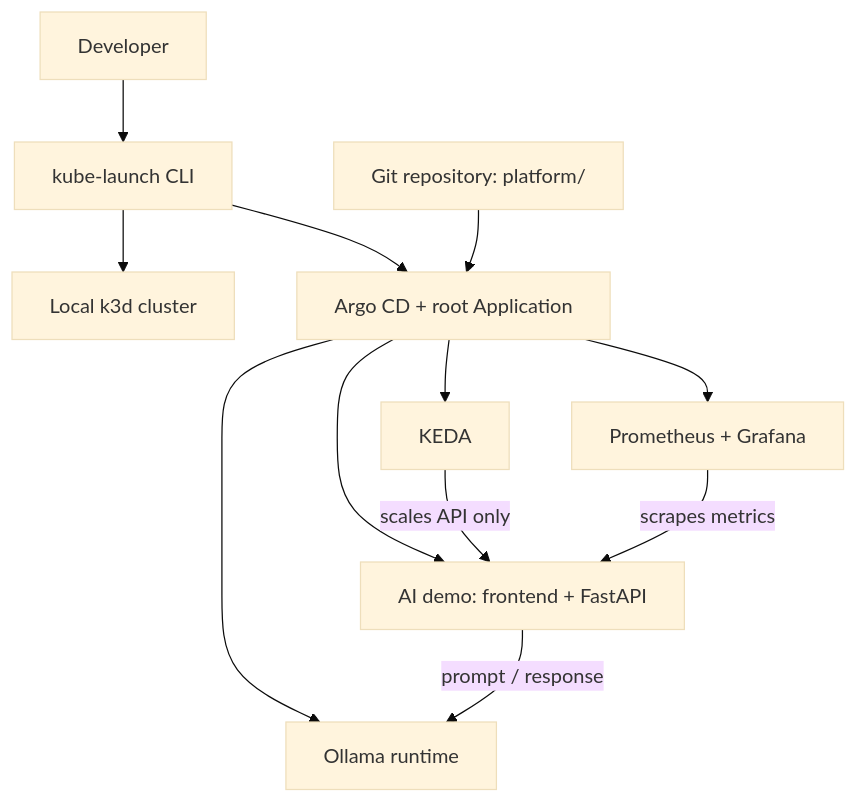
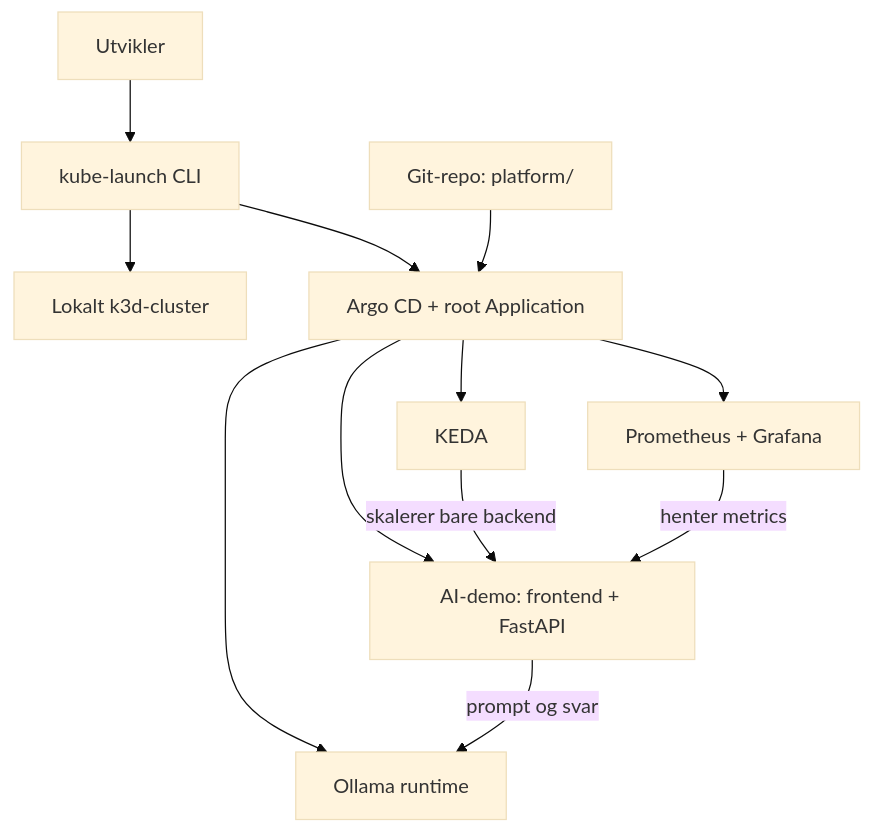
Before and after one commit to ViktorKnu/KubeLaunch: the diagram in README.md, drawn with Mermaid (base theme). The commit also changed other lines of this file and 6 other files, not shown here.

````diff
--- a/README.md
+++ b/README.md
@@ -42,14 +48,14 @@
 ```mermaid
 flowchart TD
-    User["Developer"] --> CLI["kube-launch CLI"]
-    CLI --> Cluster["Local k3d cluster"]
+    User["Utvikler"] --> CLI["kube-launch CLI"]
+    CLI --> Cluster["Lokalt k3d-cluster"]
     CLI --> Argo["Argo CD + root Application"]
-    Git["Git repository: platform/"] --> Argo
+    Git["Git-repo: platform/"] --> Argo
     Argo --> Obs["Prometheus + Grafana"]
     Argo --> Keda["KEDA"]
     Argo --> Ollama["Ollama runtime"]
-    Argo --> Demo["AI demo: frontend + FastAPI"]
-    Keda -->|"scales API only"| Demo
-    Demo -->|"prompt / response"| Ollama
-    Obs -->|"scrapes metrics"| Demo
+    Argo --> Demo["AI-demo: frontend + FastAPI"]
+    Keda -->|"skalerer bare backend"| Demo
+    Demo -->|"prompt og svar"| Ollama
+    Obs -->|"henter metrics"| Demo
 ```
````
